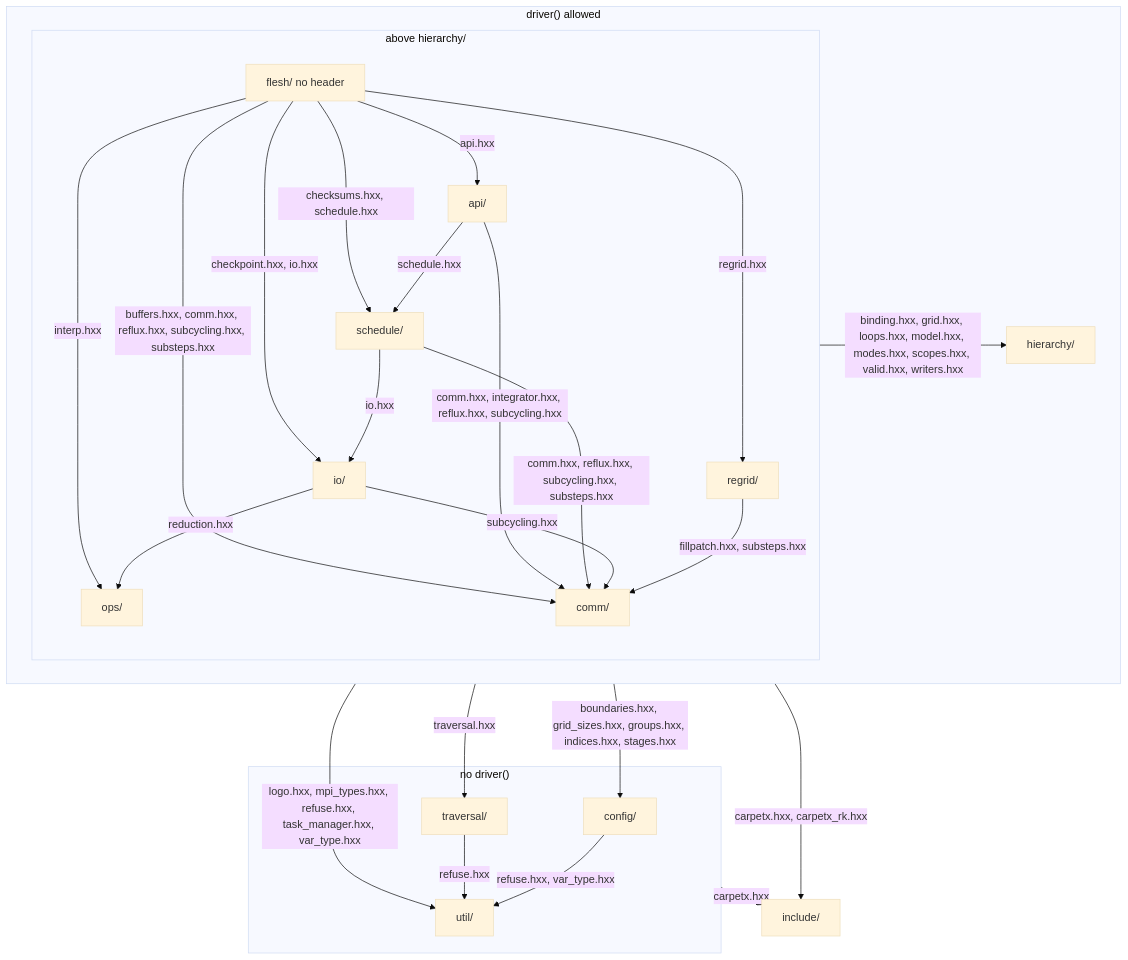
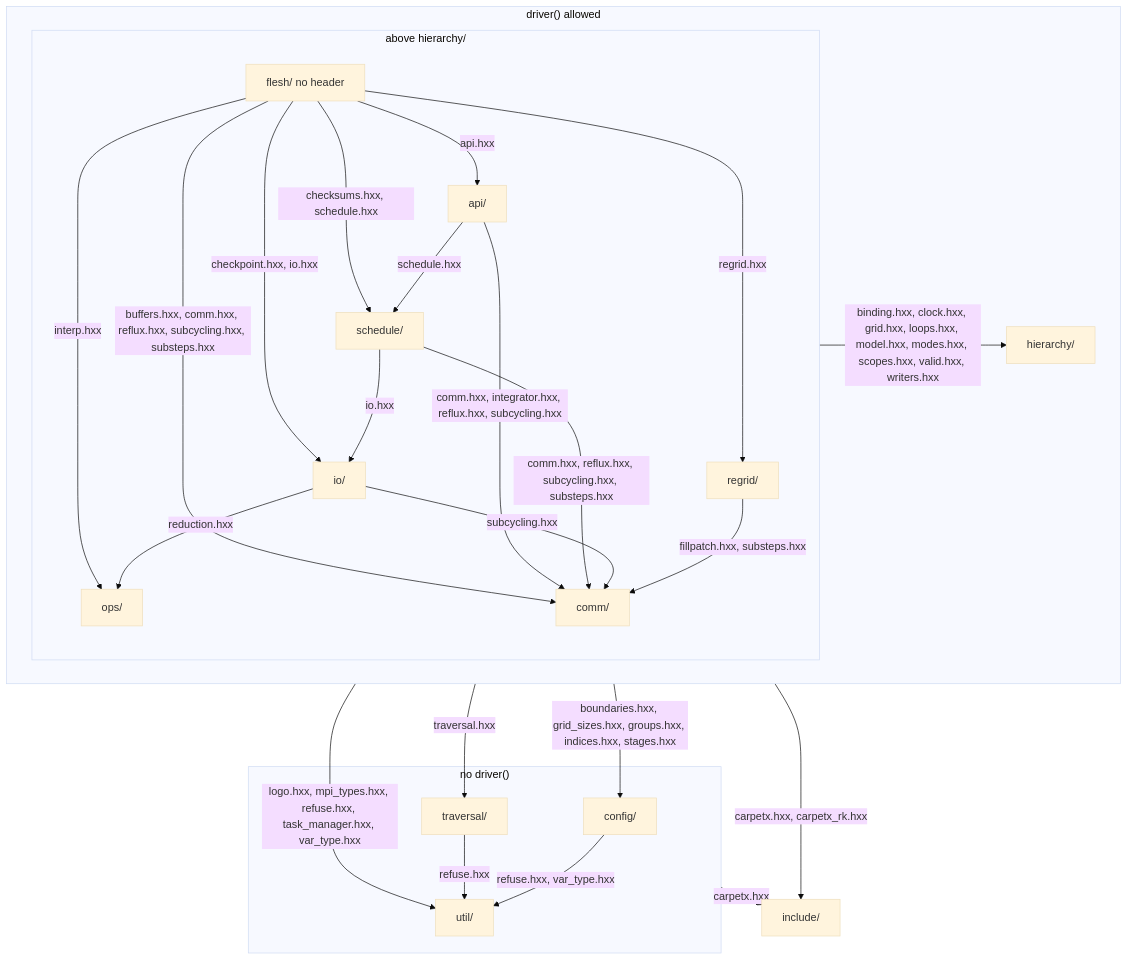
The first of 3 diagrams in agent_docs/carpetx-internals.md (lwJi/CarpetX), drawn with Mermaid (base theme) before and after one commit. The commit also changed other lines of this file and 16 other files, not shown here.

First line of the commit message:
CarpetX: a cGH that disagrees with the model's clock stops the run

````diff
--- a/agent_docs/carpetx-internals.md
+++ b/agent_docs/carpetx-internals.md
@@ -7,42 +7,42 @@
 ```mermaid
 flowchart TB
   subgraph door["driver() allowed"]
     subgraph above["above hierarchy/"]
       flesh["flesh/ no header"]
       api["api/"]
       schedule["schedule/"]
       io["io/"]
       ops["ops/"]
       regrid["regrid/"]
       comm["comm/"]
     end
     hierarchy["hierarchy/"]
   end
   subgraph nodoor["no driver()"]
     config["config/"]
     traversal["traversal/"]
     util["util/"]
   end
   include["include/"]
   flesh -- "api.hxx" --> api
   flesh -- "checksums.hxx, schedule.hxx" --> schedule
   flesh -- "checkpoint.hxx, io.hxx" --> io
   flesh -- "interp.hxx" --> ops
   flesh -- "regrid.hxx" --> regrid
   flesh -- "buffers.hxx, comm.hxx, reflux.hxx, subcycling.hxx, substeps.hxx" --> comm
   api -- "schedule.hxx" --> schedule
   api -- "comm.hxx, integrator.hxx, reflux.hxx, subcycling.hxx" --> comm
   schedule -- "io.hxx" --> io
   schedule -- "comm.hxx, reflux.hxx, subcycling.hxx, substeps.hxx" --> comm
   io -- "reduction.hxx" --> ops
   io -- "subcycling.hxx" --> comm
   regrid -- "fillpatch.hxx, substeps.hxx" --> comm
   config -- "refuse.hxx, var_type.hxx" --> util
   traversal -- "refuse.hxx" --> util
-  above -- "binding.hxx, grid.hxx, loops.hxx, model.hxx, modes.hxx, scopes.hxx, valid.hxx, writers.hxx" --> hierarchy
+  above -- "binding.hxx, clock.hxx, grid.hxx, loops.hxx, model.hxx, modes.hxx, scopes.hxx, valid.hxx, writers.hxx" --> hierarchy
   door -- "boundaries.hxx, grid_sizes.hxx, groups.hxx, indices.hxx, stages.hxx" --> config
   door -- "traversal.hxx" --> traversal
   door -- "logo.hxx, mpi_types.hxx, refuse.hxx, task_manager.hxx, var_type.hxx" --> util
   door -- "carpetx.hxx, carpetx_rk.hxx" --> include
   nodoor -- "carpetx.hxx" --> include
 ```
````
